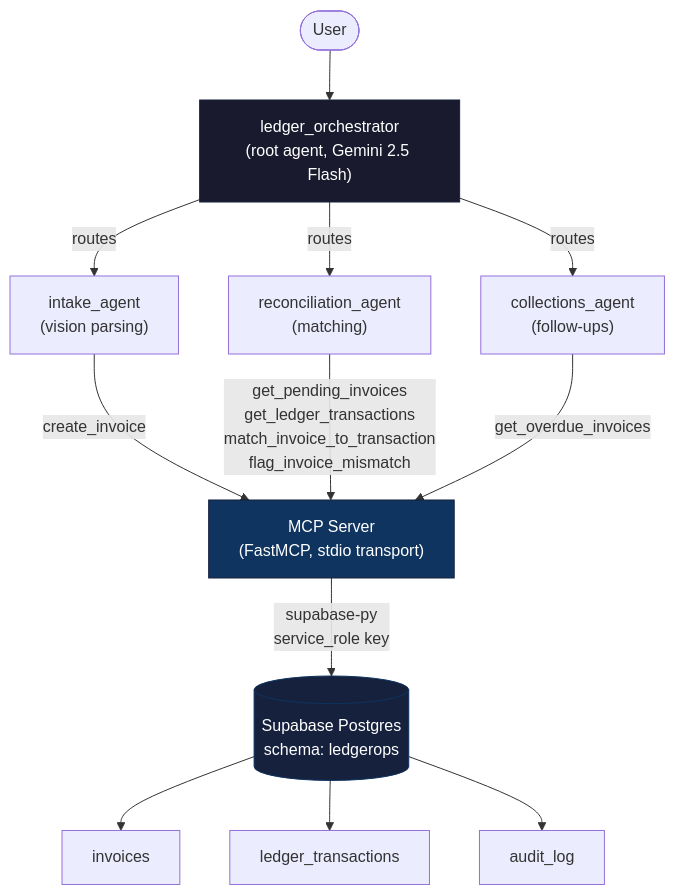
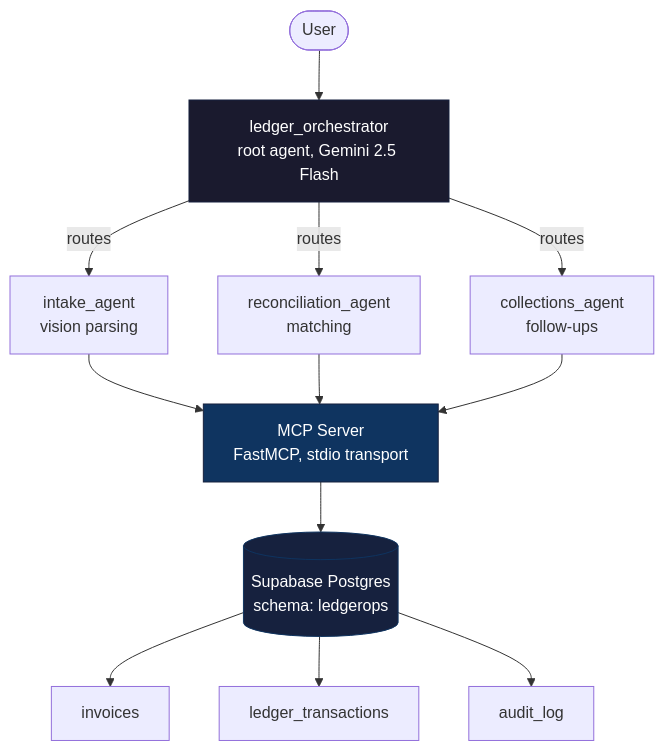
One commit to Bhupin123/ledgerops changed the diagram in readme.md. Above: the diagram before and after it, drawn with Mermaid. The commit also changed other lines of this file, not shown here.

Commit message:
Fix Mermaid diagram rendering on GitHub

````diff
--- a/readme.md
+++ b/readme.md
@@ -32,26 +31,26 @@
 ```mermaid
 flowchart TD
     User([User]) --> Orchestrator
 
-    Orchestrator["ledger_orchestrator<br/>(root agent, Gemini 2.5 Flash)"]
+    Orchestrator["ledger_orchestrator<br/>root agent, Gemini 2.5 Flash"]
 
-    Orchestrator -->|routes| Intake["intake_agent<br/>(vision parsing)"]
-    Orchestrator -->|routes| Reconciliation["reconciliation_agent<br/>(matching)"]
-    Orchestrator -->|routes| Collections["collections_agent<br/>(follow-ups)"]
+    Orchestrator -->|routes| Intake["intake_agent<br/>vision parsing"]
+    Orchestrator -->|routes| Reconciliation["reconciliation_agent<br/>matching"]
+    Orchestrator -->|routes| Collections["collections_agent<br/>follow-ups"]
 
-    Intake -->|create_invoice| MCP
-    Reconciliation -->|get_pending_invoices<br/>get_ledger_transactions<br/>match_invoice_to_transaction<br/>flag_invoice_mismatch| MCP
-    Collections -->|get_overdue_invoices| MCP
+    Intake --> MCP
+    Reconciliation --> MCP
+    Collections --> MCP
 
-    MCP["MCP Server<br/>(FastMCP, stdio transport)"]
+    MCP["MCP Server<br/>FastMCP, stdio transport"]
 
-    MCP -->|supabase-py<br/>service_role key| DB[(Supabase Postgres<br/>schema: ledgerops)]
+    MCP --> DB[(Supabase Postgres<br/>schema: ledgerops)]
 
     DB --> Invoices[invoices]
     DB --> Transactions[ledger_transactions]
     DB --> AuditLog[audit_log]
 
     style Orchestrator fill:#1a1a2e,stroke:#16213e,color:#fff
     style MCP fill:#0f3460,stroke:#16213e,color:#fff
     style DB fill:#16213e,stroke:#0f3460,color:#fff
 ```
````
